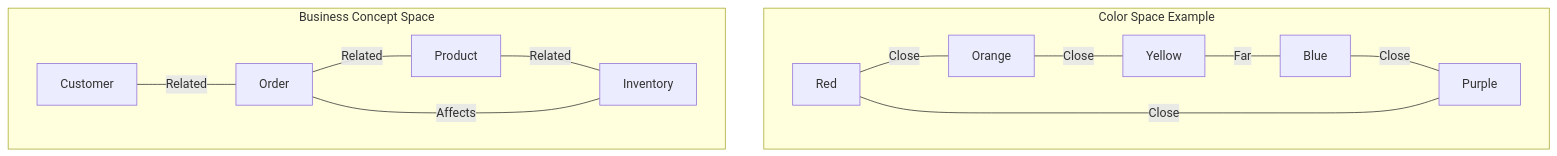
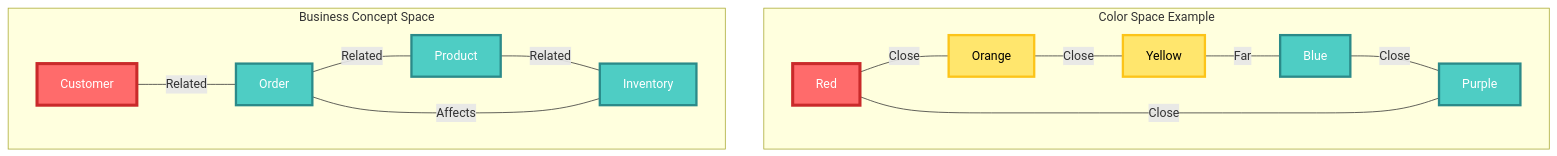
The fifth of 6 diagrams in doc/cim_comprehensive_manual.md (TheCowboyAI/cim), drawn with Mermaid before and after one commit. The commit also changed other lines of this file and 12 other files, not shown here.

````diff
--- a/doc/cim_comprehensive_manual.md
+++ b/doc/cim_comprehensive_manual.md
@@ -356,17 +404,28 @@
 ```mermaid
 graph TB
     subgraph "Color Space Example"
         A[Red] ---|Close| B[Orange]
         B ---|Close| C[Yellow]
         C ---|Far| D[Blue]
         D ---|Close| E[Purple]
         E ---|Close| A
     end
     
     subgraph "Business Concept Space"
         F[Customer] ---|Related| G[Order]
         G ---|Related| H[Product]
         H ---|Related| I[Inventory]
         I ---|Affects| G
     end
+    
+    %% Styling - color space and business concepts
+    style A fill:#FF6B6B,stroke:#C92A2A,stroke-width:4px,color:#FFF
+    style B fill:#FFE66D,stroke:#FCC419,stroke-width:3px,color:#000
+    style C fill:#FFE66D,stroke:#FCC419,stroke-width:3px,color:#000
+    style D fill:#4ECDC4,stroke:#2B8A89,stroke-width:3px,color:#FFF
+    style E fill:#4ECDC4,stroke:#2B8A89,stroke-width:3px,color:#FFF
+    style F fill:#FF6B6B,stroke:#C92A2A,stroke-width:4px,color:#FFF
+    style G fill:#4ECDC4,stroke:#2B8A89,stroke-width:3px,color:#FFF
+    style H fill:#4ECDC4,stroke:#2B8A89,stroke-width:3px,color:#FFF
+    style I fill:#4ECDC4,stroke:#2B8A89,stroke-width:3px,color:#FFF
 ```
````
